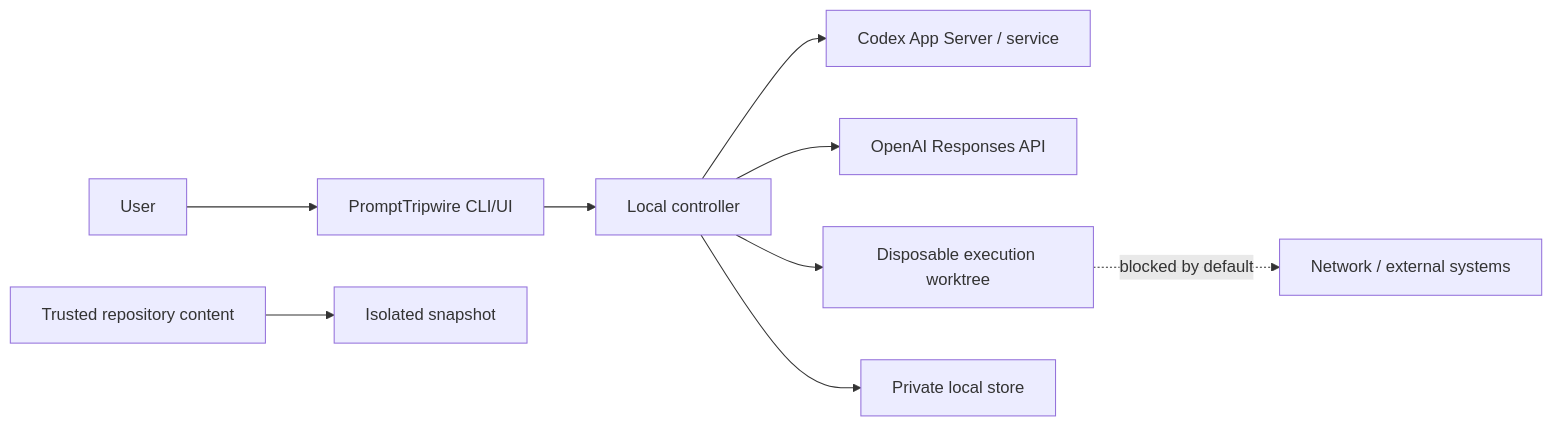
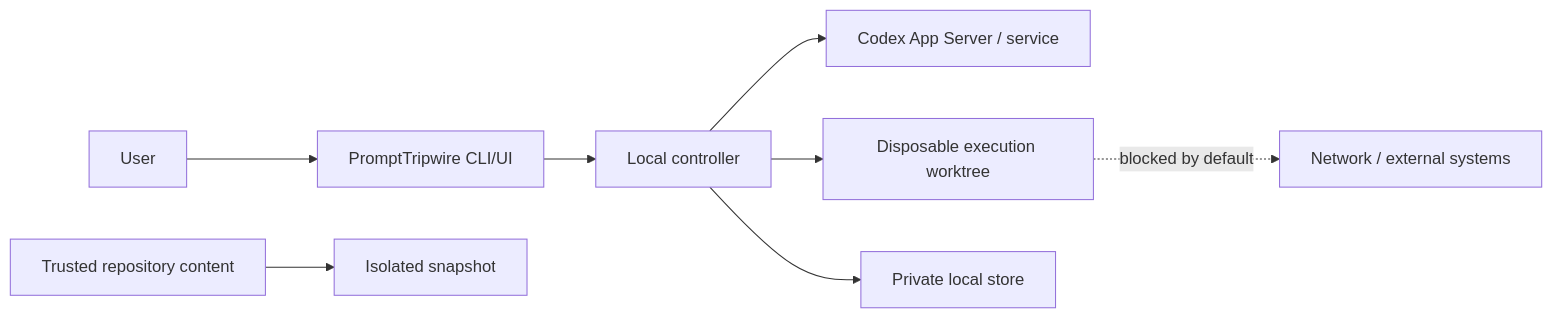
One commit to shuto-S/prompt-tripwire changed the diagram in docs/SECURITY.md. Above: the diagram before and after it, drawn with Mermaid. The commit also changed other lines of this file and 29 other files, not shown here.

````diff
--- a/docs/SECURITY.md
+++ b/docs/SECURITY.md
@@ -25,11 +25,10 @@
 ```mermaid
 flowchart LR
     User["User"] --> CLI["PromptTripwire CLI/UI"]
     Repo["Trusted repository content"] --> Snapshot["Isolated snapshot"]
     CLI --> Controller["Local controller"]
     Controller --> Codex["Codex App Server / service"]
-    Controller --> API["OpenAI Responses API"]
     Controller --> Worktree["Disposable execution worktree"]
     Controller --> Store["Private local store"]
     Worktree -. "blocked by default" .-> External["Network / external systems"]
 ```
````
